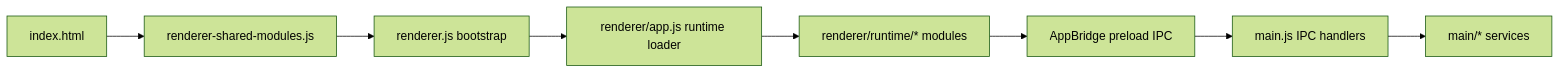
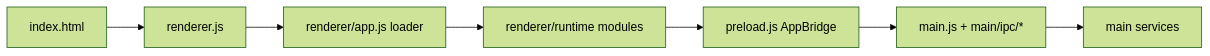
Before and after one commit to skillerious/ProjectManagerPro: the diagram in README.md, drawn with Mermaid (forest theme). The commit also changed other lines of this file and 1 other file, not shown here.

````diff
--- a/README.md
+++ b/README.md
@@ -164,10 +96,9 @@
 ```mermaid
 flowchart LR
-    A[index.html] --> B[renderer-shared-modules.js]
-    B --> C[renderer.js bootstrap]
-    C --> D[renderer/app.js runtime loader]
-    D --> E[renderer/runtime/* modules]
-    E --> F[AppBridge preload IPC]
-    F --> G[main.js IPC handlers]
-    G --> H[main/* services]
+  A[index.html] --> B[renderer.js]
+  B --> C[renderer/app.js loader]
+  C --> D[renderer/runtime modules]
+  D --> E[preload.js AppBridge]
+  E --> F[main.js + main/ipc/*]
+  F --> G[main services]
 ```
````
